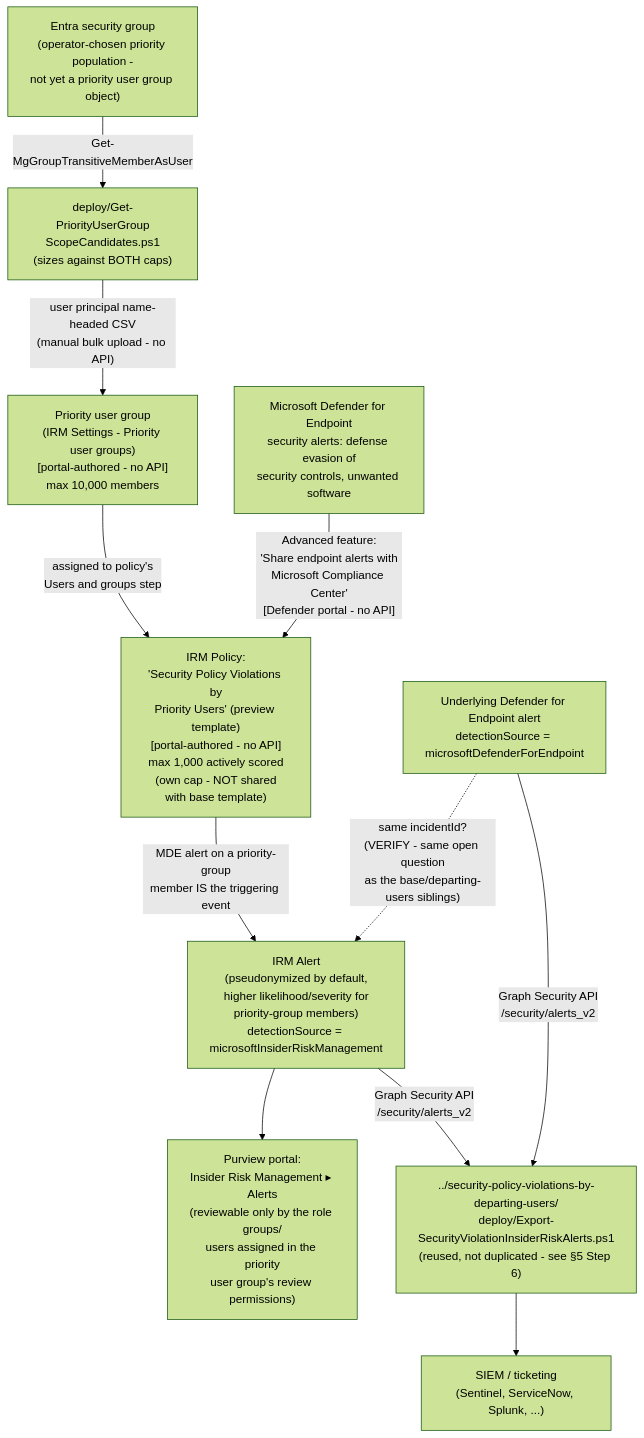
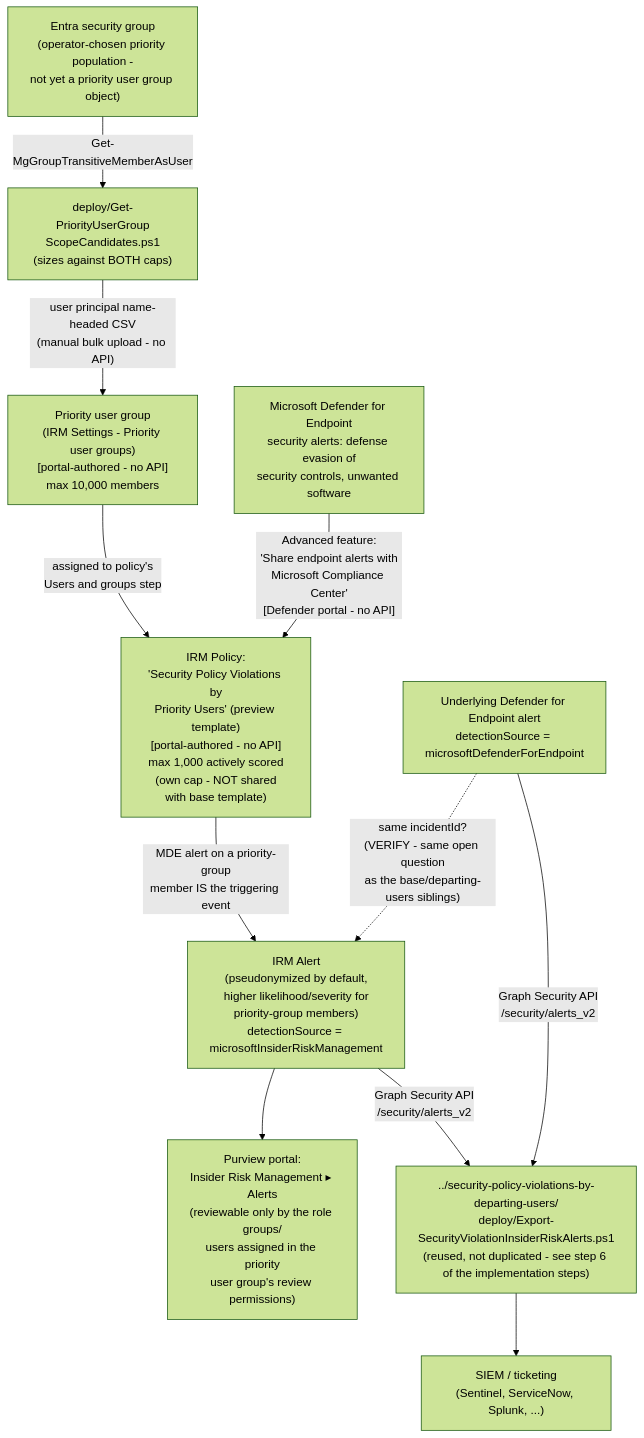
Before and after one commit to kpsec1/kpsec1.github.io: the diagram in src/content/scenarios/insider-risk/security-policy-violations-by-priority-users.md, drawn with Mermaid (forest theme). The commit also changed 269 other files, not shown here.

````diff
--- a/src/content/scenarios/insider-risk/security-policy-violations-by-priority-users.md
+++ b/src/content/scenarios/insider-risk/security-policy-violations-by-priority-users.md
@@ -61,13 +61,13 @@
 ```mermaid
 flowchart TD
     Group["Entra security group\n(operator-chosen priority population -\nnot yet a priority user group object)"] -->|"Get-MgGroupTransitiveMemberAsUser"| Script["deploy/Get-PriorityUserGroup\nScopeCandidates.ps1\n(sizes against BOTH caps)"]
     Script -->|"user principal name-headed CSV\n(manual bulk upload - no API)"| PUG["Priority user group\n(IRM Settings - Priority user groups)\n[portal-authored - no API]\nmax 10,000 members"]
     PUG -->|"assigned to policy's\nUsers and groups step"| Policy["IRM Policy:\n'Security Policy Violations by\nPriority Users' (preview template)\n[portal-authored - no API]\nmax 1,000 actively scored\n(own cap - NOT shared\nwith base template)"]
     MDE["Microsoft Defender for Endpoint\nsecurity alerts: defense evasion of\nsecurity controls, unwanted software"] -->|"Advanced feature:\n'Share endpoint alerts with\nMicrosoft Compliance Center'\n[Defender portal - no API]"| Policy
     Policy -->|"MDE alert on a priority-group\nmember IS the triggering event"| Alert["IRM Alert\n(pseudonymized by default,\nhigher likelihood/severity for\npriority-group members)\ndetectionSource = microsoftInsiderRiskManagement"]
     MDEAlert["Underlying Defender for Endpoint alert\ndetectionSource = microsoftDefenderForEndpoint"] -.->|"same incidentId?\n(VERIFY - same open question\nas the base/departing-users siblings)"| Alert
     Alert --> Dashboard["Purview portal:\nInsider Risk Management ▸ Alerts\n(reviewable only by the role groups/\nusers assigned in the priority\nuser group's review permissions)"]
-    Alert -->|"Graph Security API\n/security/alerts_v2"| Export["../security-policy-violations-by-departing-users/\ndeploy/Export-SecurityViolationInsiderRiskAlerts.ps1\n(reused, not duplicated - see §5 Step 6)"]
+    Alert -->|"Graph Security API\n/security/alerts_v2"| Export["../security-policy-violations-by-departing-users/\ndeploy/Export-SecurityViolationInsiderRiskAlerts.ps1\n(reused, not duplicated - see step 6 of the implementation steps)"]
     MDEAlert -->|"Graph Security API\n/security/alerts_v2"| Export
     Export --> SIEM["SIEM / ticketing\n(Sentinel, ServiceNow, Splunk, ...)"]
 ```
````
